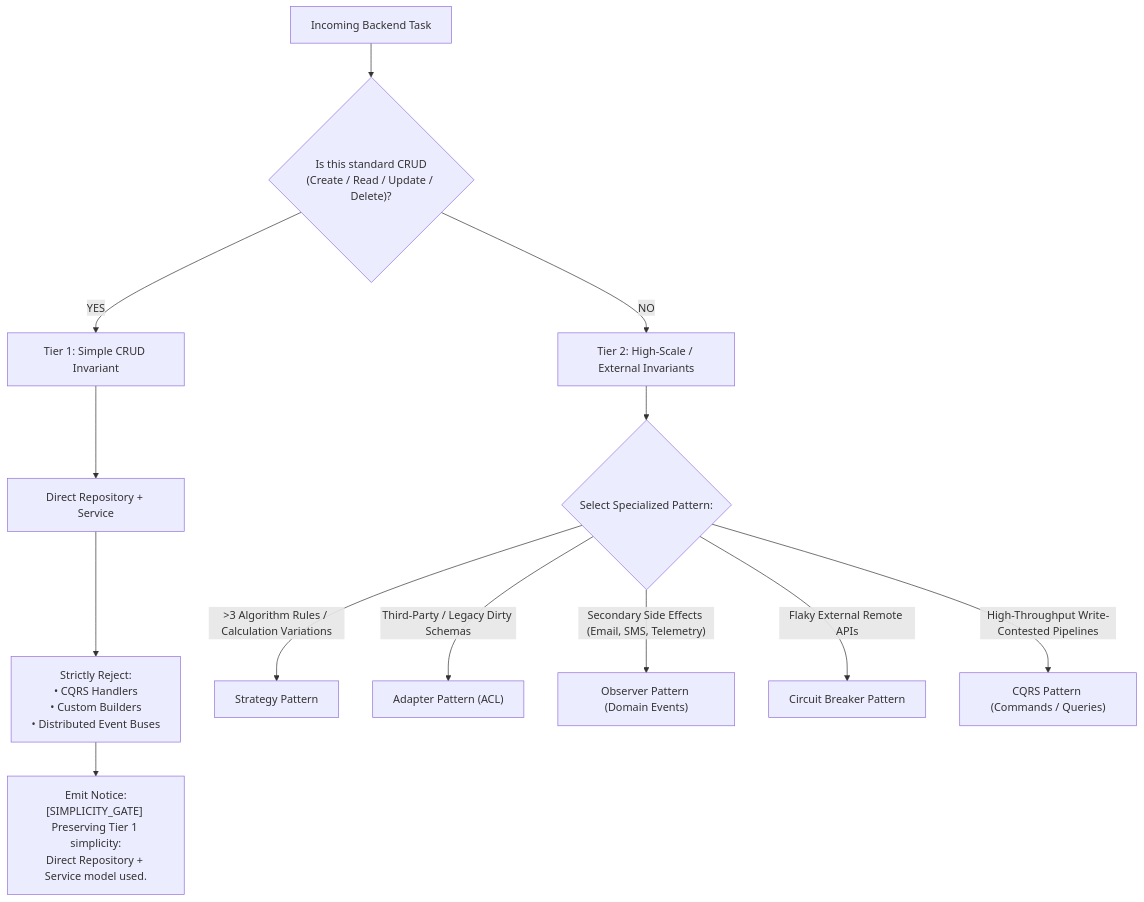
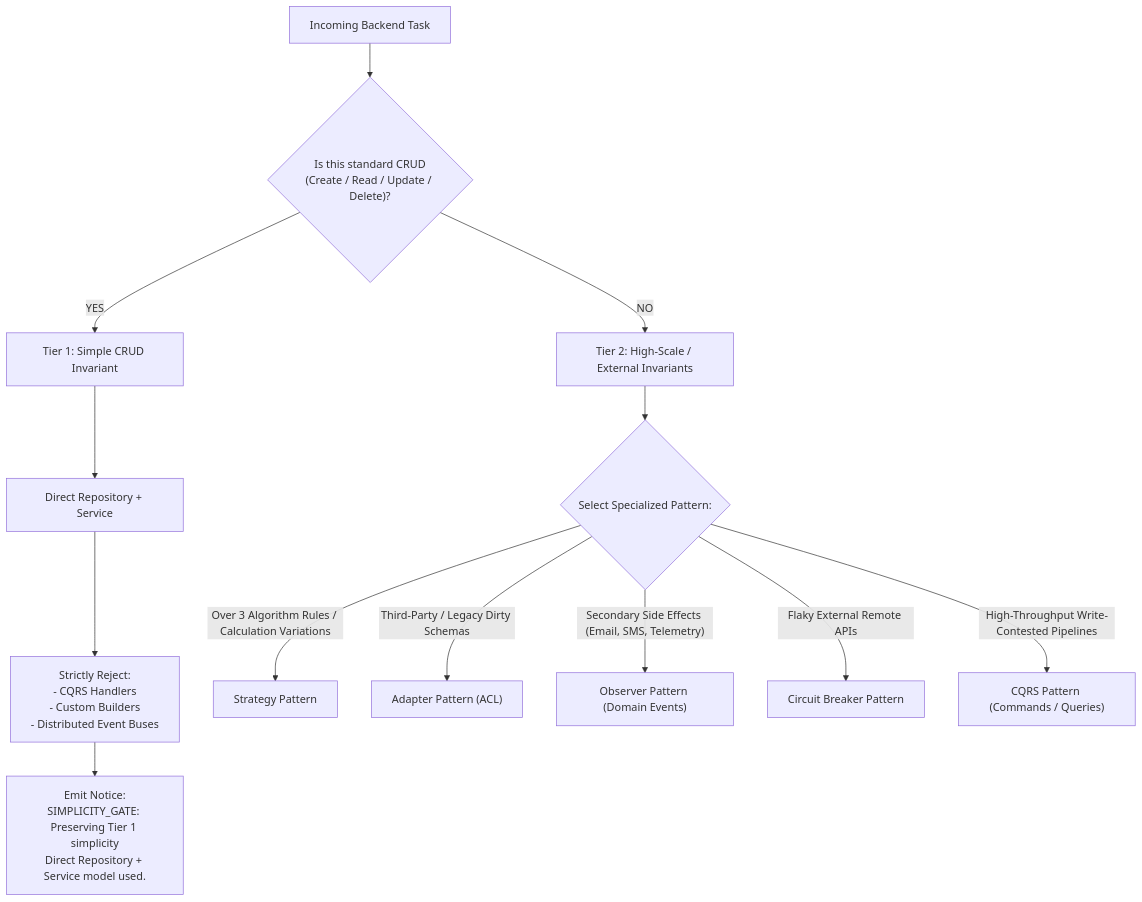
Before and after one commit to lowmax205/DevKernel: the second of 2 diagrams in README.md, drawn with Mermaid. The commit also changed other lines of this file, not shown here.

Commit message:
docs: harden mermaid diagrams for cross-platform rendering

````diff
--- a/README.md
+++ b/README.md
@@ -50,17 +49,17 @@
 ```mermaid
 flowchart TD
   REQ["Incoming Backend Task"] --> CHECK{"Is this standard CRUD<br/>(Create / Read / Update / Delete)?"}
 
   CHECK -->|"YES"| TIER1["Tier 1: Simple CRUD Invariant"]
   TIER1 --> REPO["Direct Repository + Service"]
-  REPO --> REJECT["Strictly Reject:<br/>• CQRS Handlers<br/>• Custom Builders<br/>• Distributed Event Buses"]
-  REJECT --> NOTICE["Emit Notice:<br/>[SIMPLICITY_GATE] Preserving Tier 1 simplicity:<br/>Direct Repository + Service model used."]
+  REPO --> REJECT["Strictly Reject:<br/>- CQRS Handlers<br/>- Custom Builders<br/>- Distributed Event Buses"]
+  REJECT --> NOTICE["Emit Notice:<br/>SIMPLICITY_GATE: Preserving Tier 1 simplicity<br/>Direct Repository + Service model used."]
 
   CHECK -->|"NO"| TIER2["Tier 2: High-Scale / External Invariants"]
   TIER2 --> COND{"Select Specialized Pattern:"}
-  COND -->|">3 Algorithm Rules / Calculation Variations"| STRAT["Strategy Pattern"]
+  COND -->|"Over 3 Algorithm Rules / Calculation Variations"| STRAT["Strategy Pattern"]
   COND -->|"Third-Party / Legacy Dirty Schemas"| ADAPT["Adapter Pattern (ACL)"]
   COND -->|"Secondary Side Effects (Email, SMS, Telemetry)"| OBS["Observer Pattern (Domain Events)"]
   COND -->|"Flaky External Remote APIs"| CB["Circuit Breaker Pattern"]
   COND -->|"High-Throughput Write-Contested Pipelines"| CQRS["CQRS Pattern (Commands / Queries)"]
 ```
````
